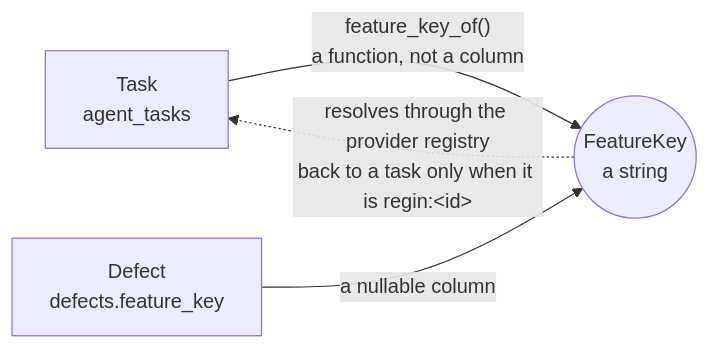
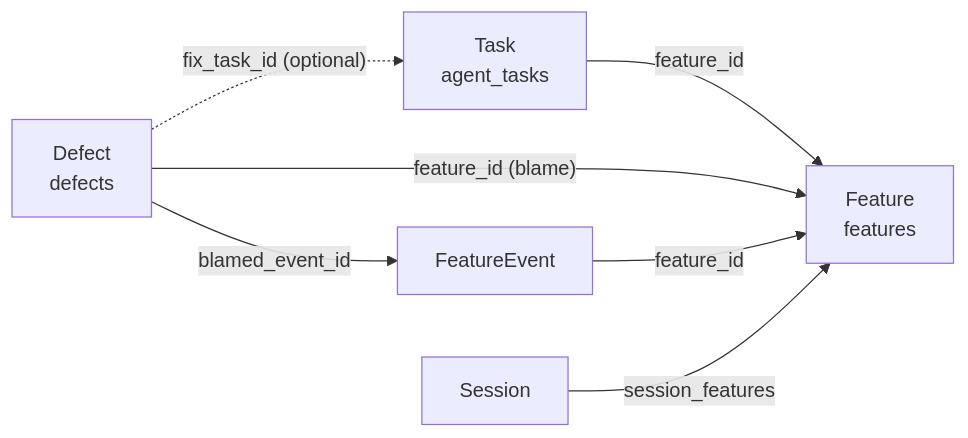
One commit to caiuswang/regin changed the diagram in docs/defect-task-feature.md. Above: the diagram before and after it, drawn with Mermaid. The commit also changed other lines of this file and 5 other files, not shown here.

````diff
--- a/docs/defect-task-feature.md
+++ b/docs/defect-task-feature.md
@@ -60,6 +66,9 @@
 ```mermaid
-graph LR
-  T["Task<br/>agent_tasks"] -- "feature_key_of()<br/>a function, not a column" --> K(("FeatureKey<br/>a string"))
-  D["Defect<br/>defects.feature_key"] -- "a nullable column" --> K
-  K -. "resolves through the provider registry<br/>back to a task only when it is regin:&lt;id&gt;" .-> T
+flowchart LR
+  T["Task<br/>agent_tasks"] -- "feature_id" --> F["Feature<br/>features"]
+  D["Defect<br/>defects"] -- "feature_id (blame)" --> F
+  D -. "fix_task_id (optional)" .-> T
+  D -- "blamed_event_id" --> E["FeatureEvent"]
+  E -- "feature_id" --> F
+  S["Session"] -- "session_features" --> F
 ```
````
